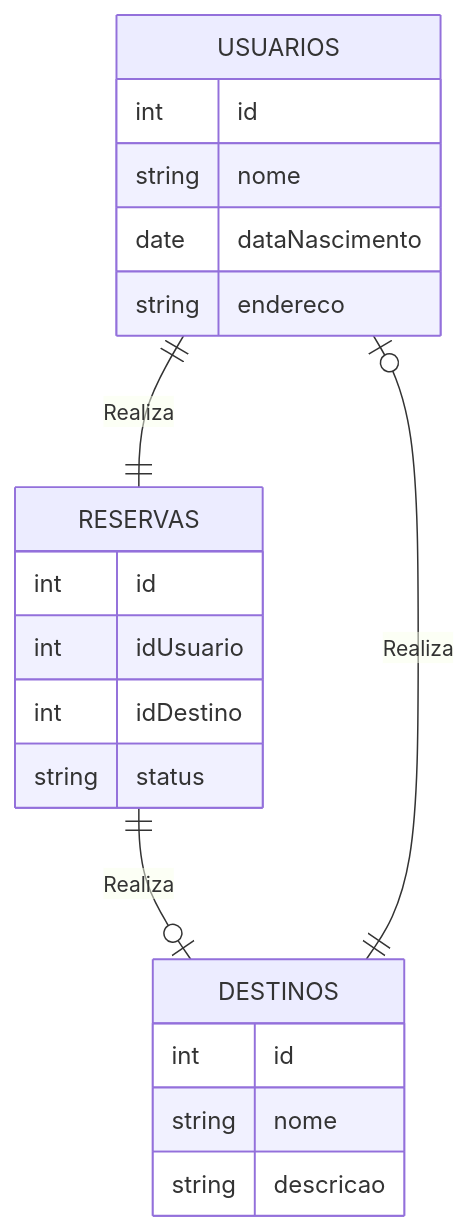
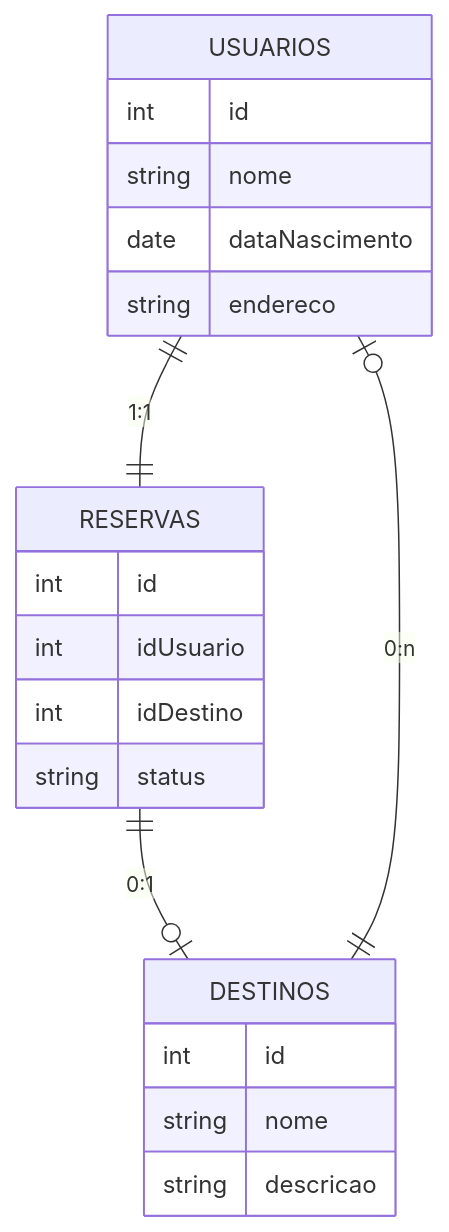
One commit to lelia-salles/Banco-de-Dados-Relacional changed the second of 2 diagrams in conceitos-basicos.md. Above: the diagram before and after it, drawn with Mermaid.

````diff
--- a/conceitos-basicos.md
+++ b/conceitos-basicos.md
@@ -100,26 +100,26 @@
 ```mermaid
 erDiagram
     USUARIOS {
         int id
         string nome
         date dataNascimento
         string endereco
     }
 
     DESTINOS {
         int id
         string nome
         string descricao
     }
 
     RESERVAS {
         int id
         int idUsuario
         int idDestino
         string status
     }
 
-    USUARIOS ||--|| RESERVAS : "Realiza"
-    RESERVAS ||--o| DESTINOS : "Realiza"
-    DESTINOS ||--o| USUARIOS : "Realiza"
+    USUARIOS ||--|| RESERVAS : "1:1"
+    RESERVAS ||--o| DESTINOS : "0:1"
+    DESTINOS ||--o| USUARIOS : "0:n"
 ```
````
